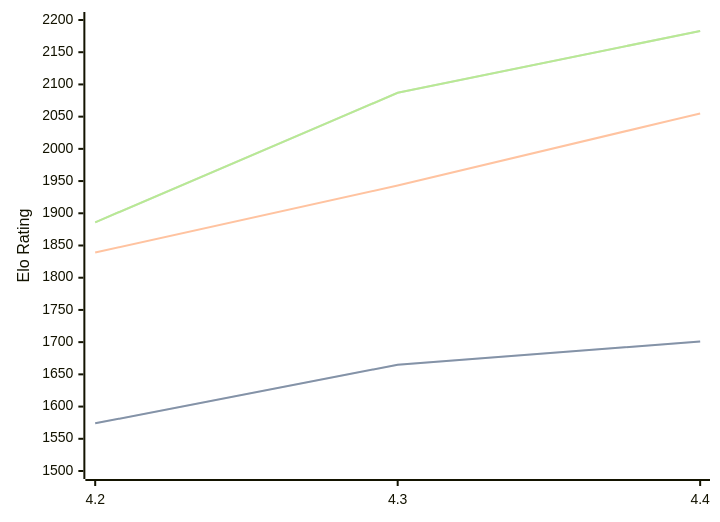
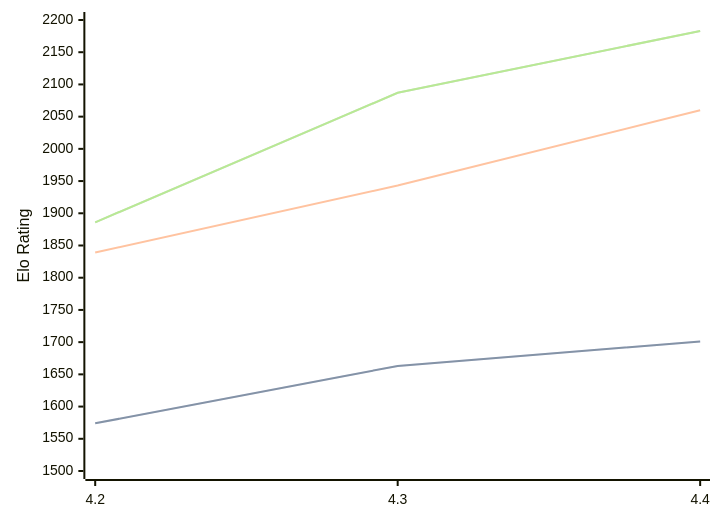
Before and after one commit to computer-chess-index/cci: the diagram in engines/Radiance.md, drawn with Mermaid. The commit also changed other lines of this file, not shown here.

````diff
--- a/engines/Radiance.md
+++ b/engines/Radiance.md
@@ -36,11 +36,11 @@
 ```mermaid
 %%{init: {"theme":"base","themeVariables":{"seriesColors:['#a3a3a3','#222221','#faa371']}}}%%
 xychart-beta
   x-axis ["4.2", "4.3", "4.4"]
   y-axis "Elo Rating" 1500 --> 2200
-  line "STC (8.0+0.08s)" [1574, 1665, 1701]
-  line "STC (8.0+0.08s)" [1574, 1665, 1701]
-  line "LTC (60.0+0.60s)" [1839, 1943, 2055]
+  line "STC (8.0+0.08s)" [1574, 1663, 1701]
+  line "STC (8.0+0.08s)" [1574, 1663, 1701]
+  line "LTC (60.0+0.60s)" [1839, 1943, 2060]
   line "VLTC (2m24s+1.12s)" [1886, 2087, 2183]
   line "VLTC (2m24s+1.12s)" [1886, 2087, 2183]
 ```
````
